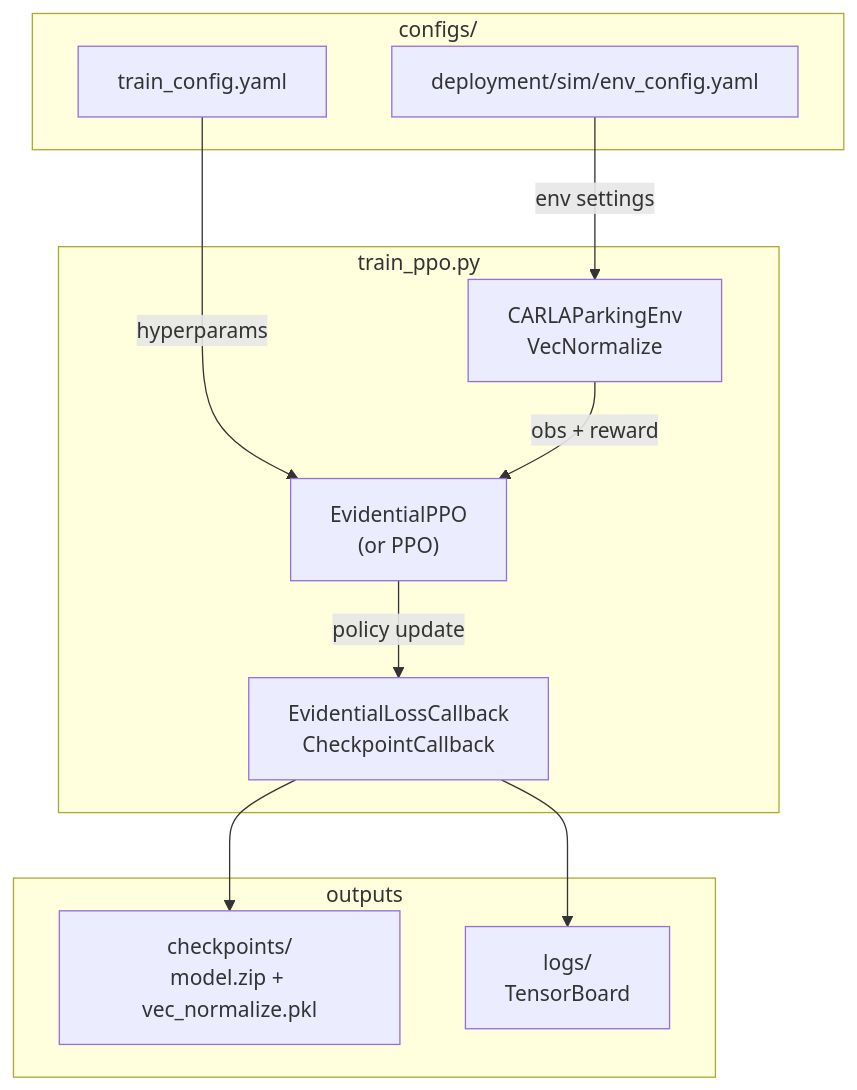
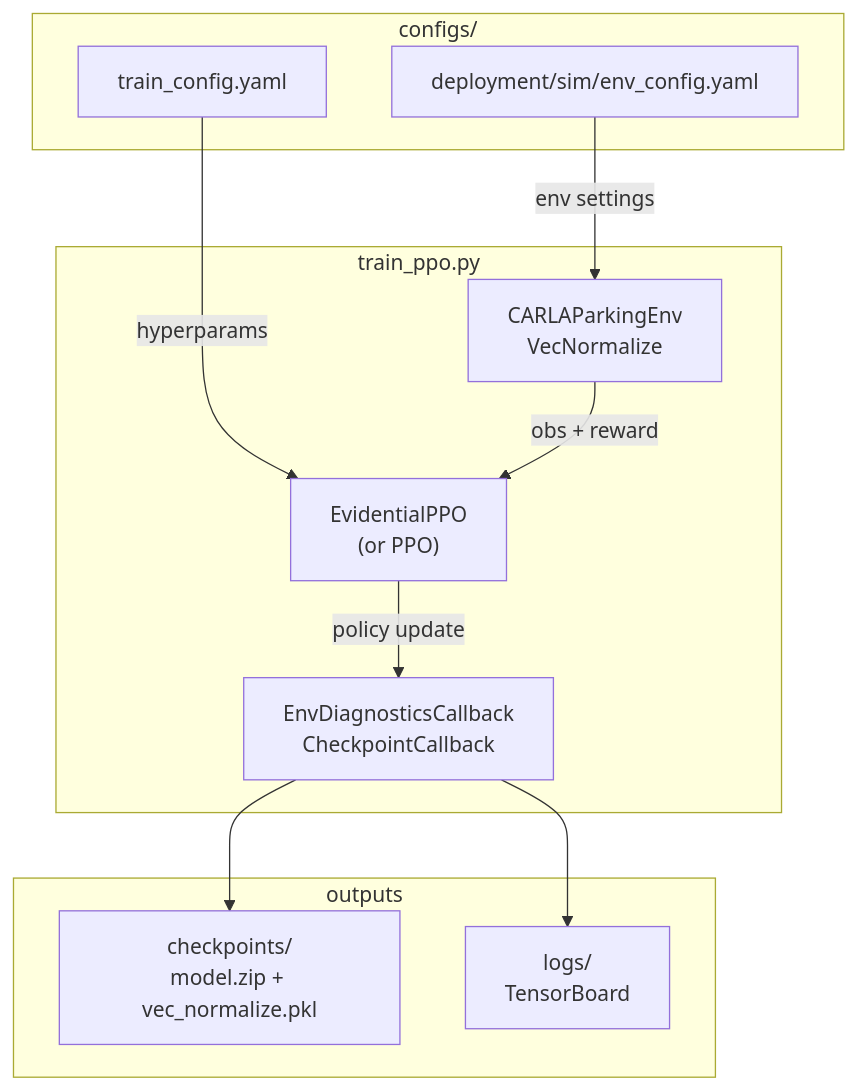
The diagram in uncertainty_rl/training/README.md (Expo39/Uncertainty-Conditioned-RL-with-Evidential-Policy-Networks-for-Autonomous-Systems), drawn with Mermaid before and after one commit. The commit also changed other lines of this file and 29 other files, not shown here.

````diff
--- a/uncertainty_rl/training/README.md
+++ b/uncertainty_rl/training/README.md
@@ -25,25 +25,25 @@
 ```mermaid
 flowchart TB
     subgraph cfg["configs/"]
         TC["train_config.yaml"]
         EC["deployment/sim/env_config.yaml"]
     end
 
     subgraph train["train_ppo.py"]
         ENV["CARLAParkingEnv\nVecNormalize"]
         PPO["EvidentialPPO\n(or PPO)"]
-        CB["EvidentialLossCallback\nCheckpointCallback"]
+        CB["EnvDiagnosticsCallback\nCheckpointCallback"]
     end
 
     subgraph out["outputs"]
         CKPT["checkpoints/\nmodel.zip + vec_normalize.pkl"]
         TB["logs/\nTensorBoard"]
     end
 
     TC -->|hyperparams| PPO
     EC -->|env settings| ENV
     ENV -->|obs + reward| PPO
     PPO -->|policy update| CB
     CB --> CKPT
     CB --> TB
 ```
````
